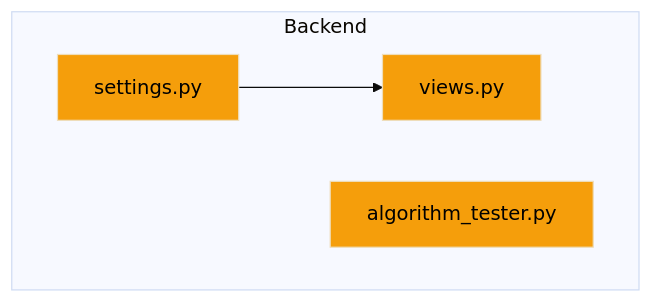
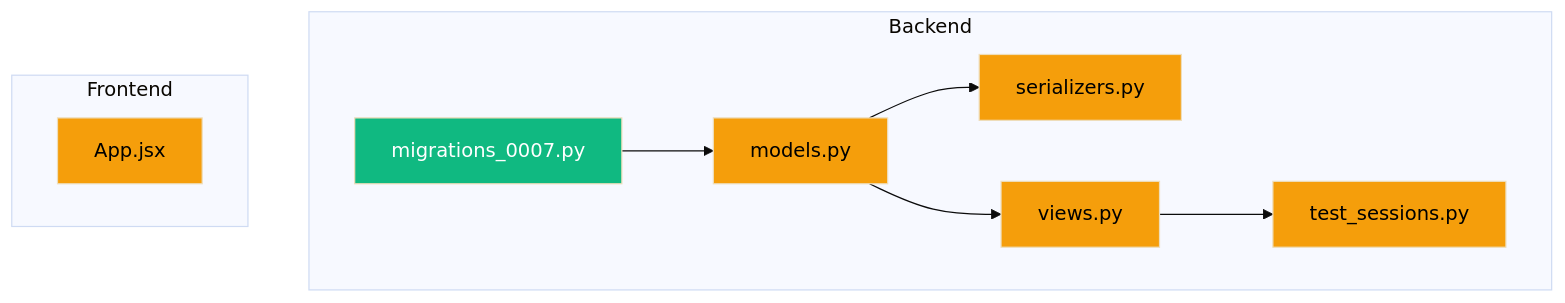
The fourth of 4 diagrams in .claude/Report.md (hongikarchi/archi-tinder), drawn with Mermaid (base theme) before and after one commit. The commit also changed other lines of this file and 2 other files, not shown here.

````diff
--- a/.claude/Report.md
+++ b/.claude/Report.md
@@ -177,11 +182,20 @@
 ```mermaid
 graph TD
     subgraph Backend
-        settings.py:::modified
+        migrations_0007.py:::new
+        models.py:::modified
+        serializers.py:::modified
         views.py:::modified
-        algorithm_tester.py:::modified
+        test_sessions.py:::modified
     end
-    settings.py --> views.py
+    subgraph Frontend
+        App.jsx:::modified
+    end
+    migrations_0007.py --> models.py
+    models.py --> serializers.py
+    models.py --> views.py
+    views.py --> test_sessions.py
 
+    classDef new fill:#10b981,color:#fff
     classDef modified fill:#f59e0b,color:#000
 ```
````
